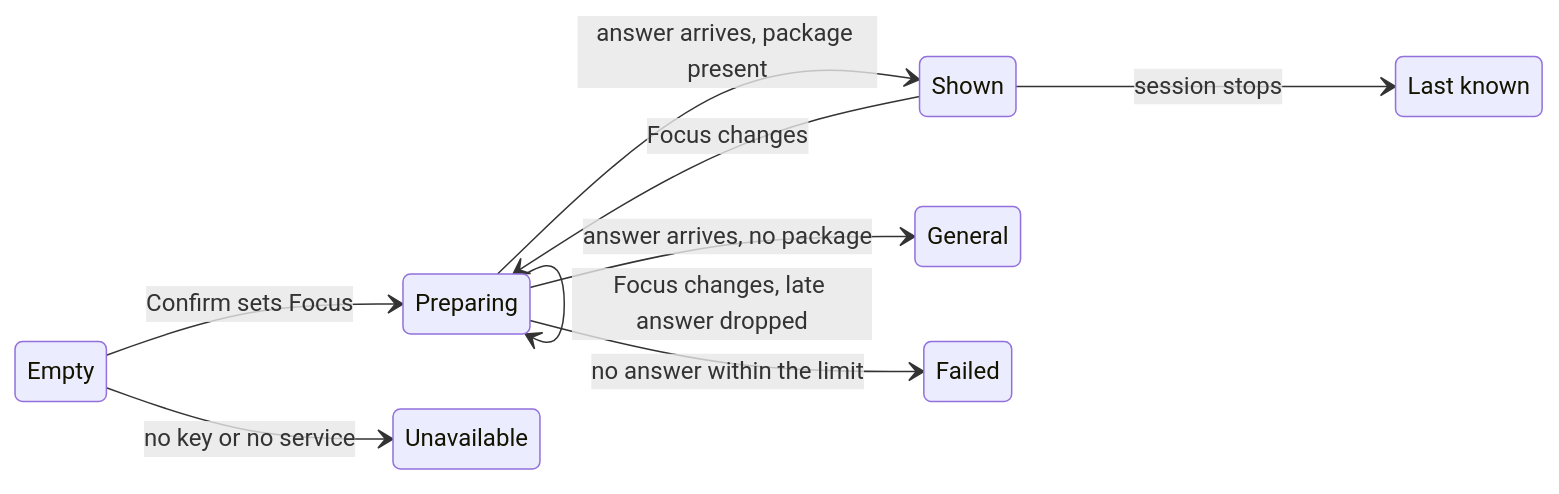
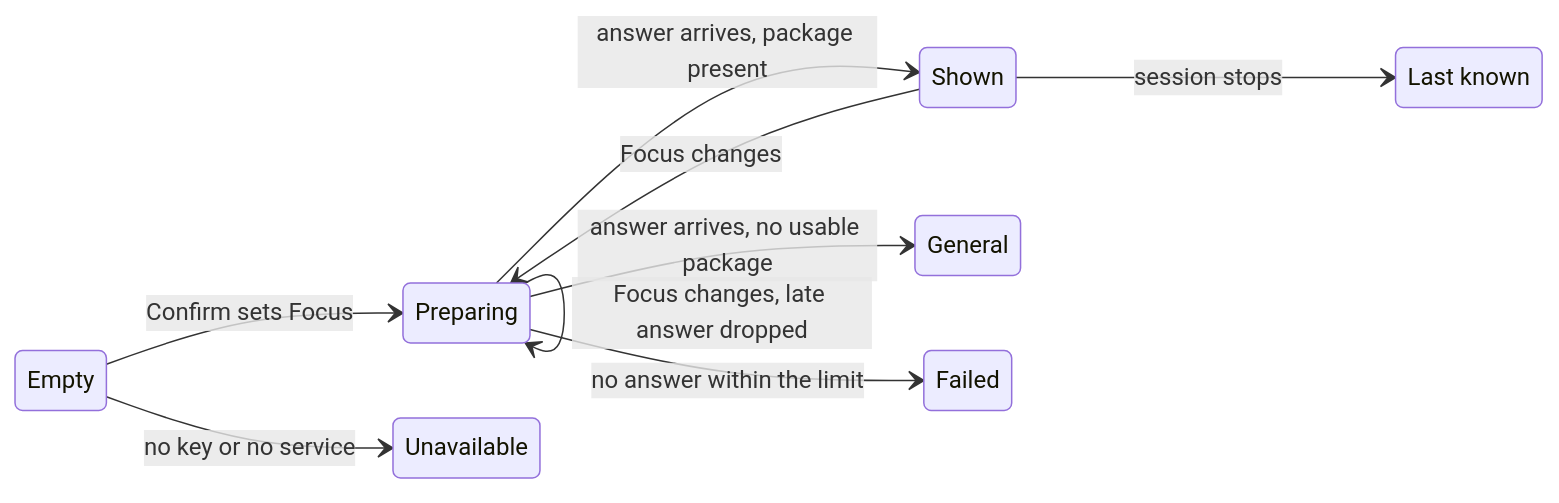
The diagram in docs/asdg/03-system-model-and-use-cases/01.5.1-proposed-answer-states.md (Elustondo-ai/alice.good.meetings), drawn with Mermaid before and after one commit. The commit also changed other lines of this file and 102 other files, not shown here.

````diff
--- a/docs/asdg/03-system-model-and-use-cases/01.5.1-proposed-answer-states.md
+++ b/docs/asdg/03-system-model-and-use-cases/01.5.1-proposed-answer-states.md
@@ -5,13 +5,13 @@
 ```mermaid
 stateDiagram-v2
     direction LR
     state "Last known" as LastKnown
     Empty --> Preparing: Confirm sets Focus
     Preparing --> Shown: answer arrives, package present
-    Preparing --> General: answer arrives, no package
+    Preparing --> General: answer arrives, no usable package
     Preparing --> Failed: no answer within the limit
     Preparing --> Preparing: Focus changes, late answer dropped
     Shown --> Preparing: Focus changes
     Shown --> LastKnown: session stops
     Empty --> Unavailable: no key or no service
 ```
````
